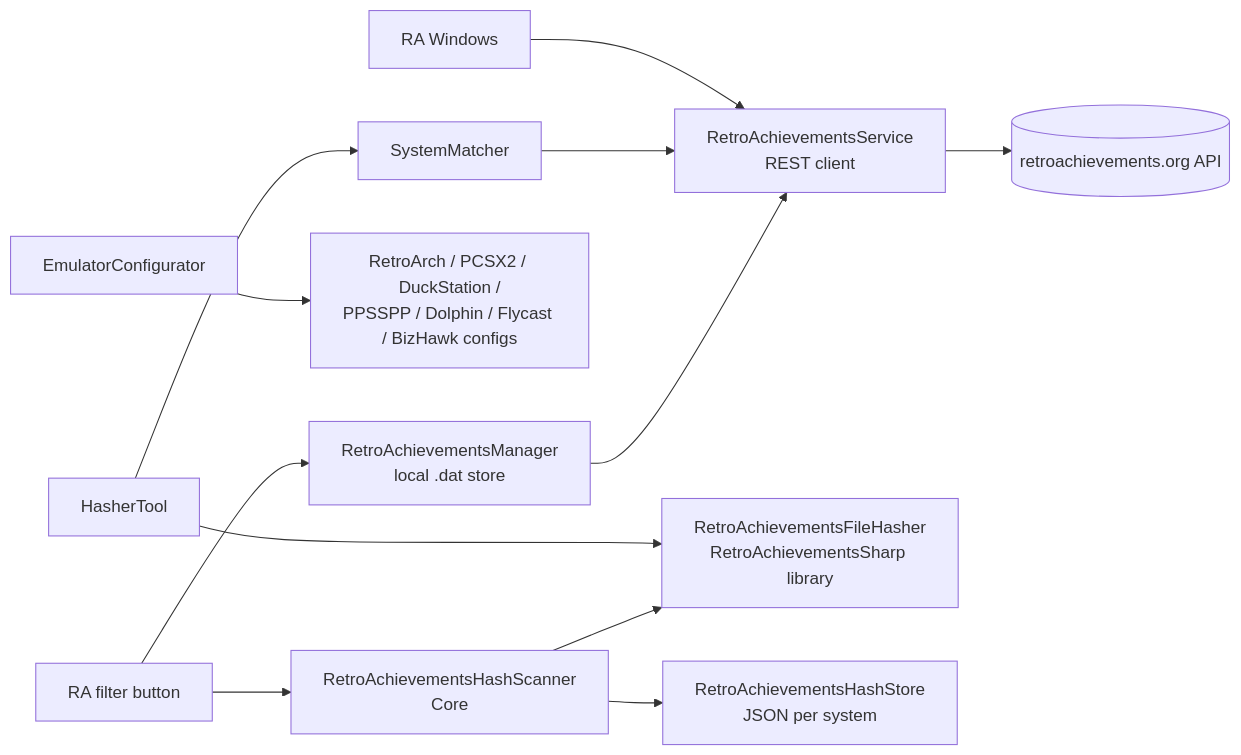
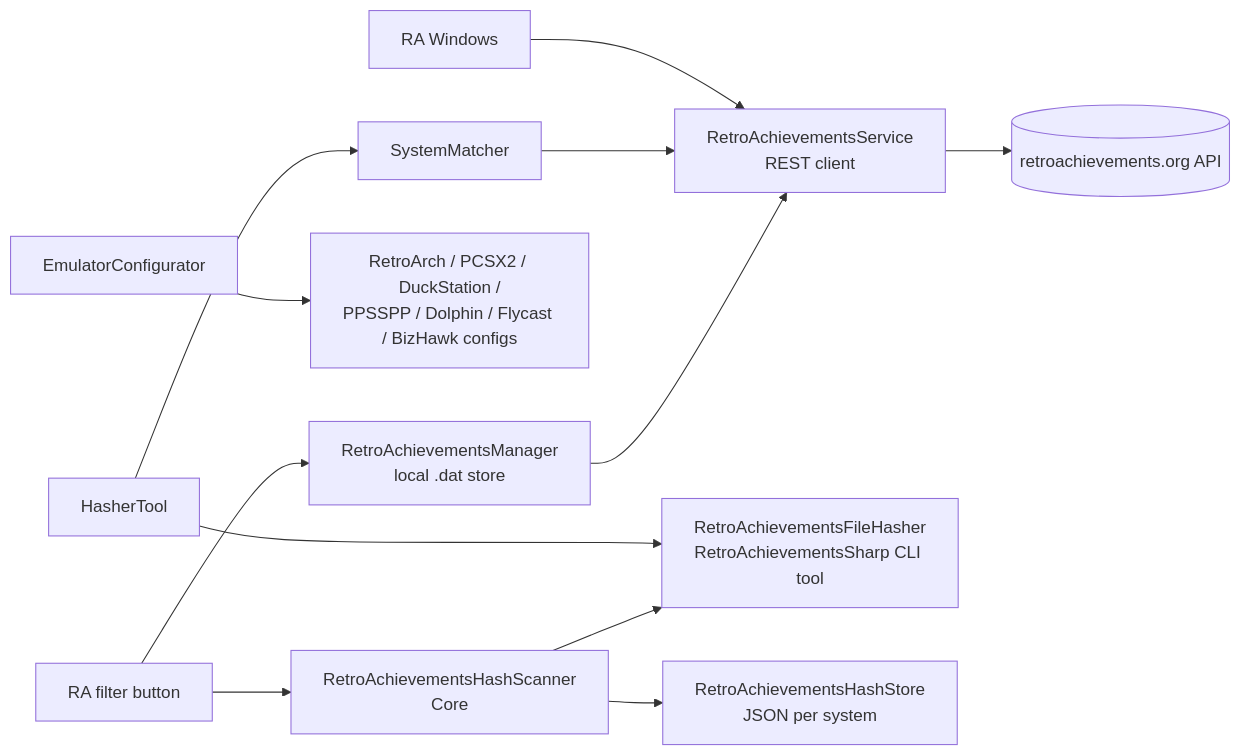
Before and after one commit to drpetersonfernandes/SimpleLauncher: the diagram in docs/09-retroachievements.md, drawn with Mermaid. The commit also changed other lines of this file and 24 other files, not shown here.

First line of the commit message:
feat: delegate RetroAchievements hashing to the bundled CLI tool

````diff
--- a/docs/09-retroachievements.md
+++ b/docs/09-retroachievements.md
@@ -8,14 +8,14 @@
 ```mermaid
 flowchart LR
     U[RA Windows] --> S[RetroAchievementsService<br/>REST client]
     S --> RA[(retroachievements.org API)]
-    H[HasherTool] --> F[RetroAchievementsFileHasher<br/>RetroAchievementsSharp library]
+    H[HasherTool] --> F[RetroAchievementsFileHasher<br/>RetroAchievementsSharp CLI tool]
     H --> M[SystemMatcher]
     M --> S
     C[EmulatorConfigurator] --> E[RetroArch / PCSX2 / DuckStation /<br/>PPSSPP / Dolphin / Flycast / BizHawk configs]
     Mgr[RetroAchievementsManager<br/>local .dat store] --> S
     Scn[RetroAchievementsHashScanner<br/>Core] --> F
     Scn --> Str[RetroAchievementsHashStore<br/>JSON per system]
     Btn[RA filter button] --> Scn
     Btn --> Mgr
 ```
````
